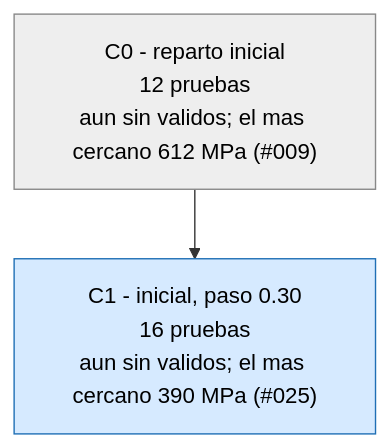
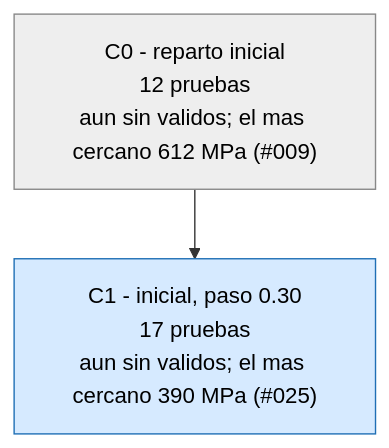
The third of 3 diagrams in runs/opt_37800N/ARBOL.md (Hugiko/msd-soporte-optimizacion), drawn with Mermaid before and after one commit. The commit also changed 19 other files, not shown here.

````diff
--- a/runs/opt_37800N/ARBOL.md
+++ b/runs/opt_37800N/ARBOL.md
@@ -33,9 +33,9 @@
 ```mermaid
 graph TD
 classDef activa fill:#d6eaff,stroke:#1f6fb5,color:#000
 classDef fin fill:#eeeeee,stroke:#888,color:#000
 classDef mejor fill:#c8f0c0,stroke:#1a9850,stroke-width:4px,color:#000
 C0["C0 - reparto inicial<br/>12 pruebas<br/>aun sin validos; el mas cercano 612 MPa (#009)"]:::fin
-C1["C1 - inicial, paso 0.30<br/>16 pruebas<br/>aun sin validos; el mas cercano 390 MPa (#025)"]:::activa
+C1["C1 - inicial, paso 0.30<br/>17 pruebas<br/>aun sin validos; el mas cercano 390 MPa (#025)"]:::activa
 C0 --> C1
 ```
````
